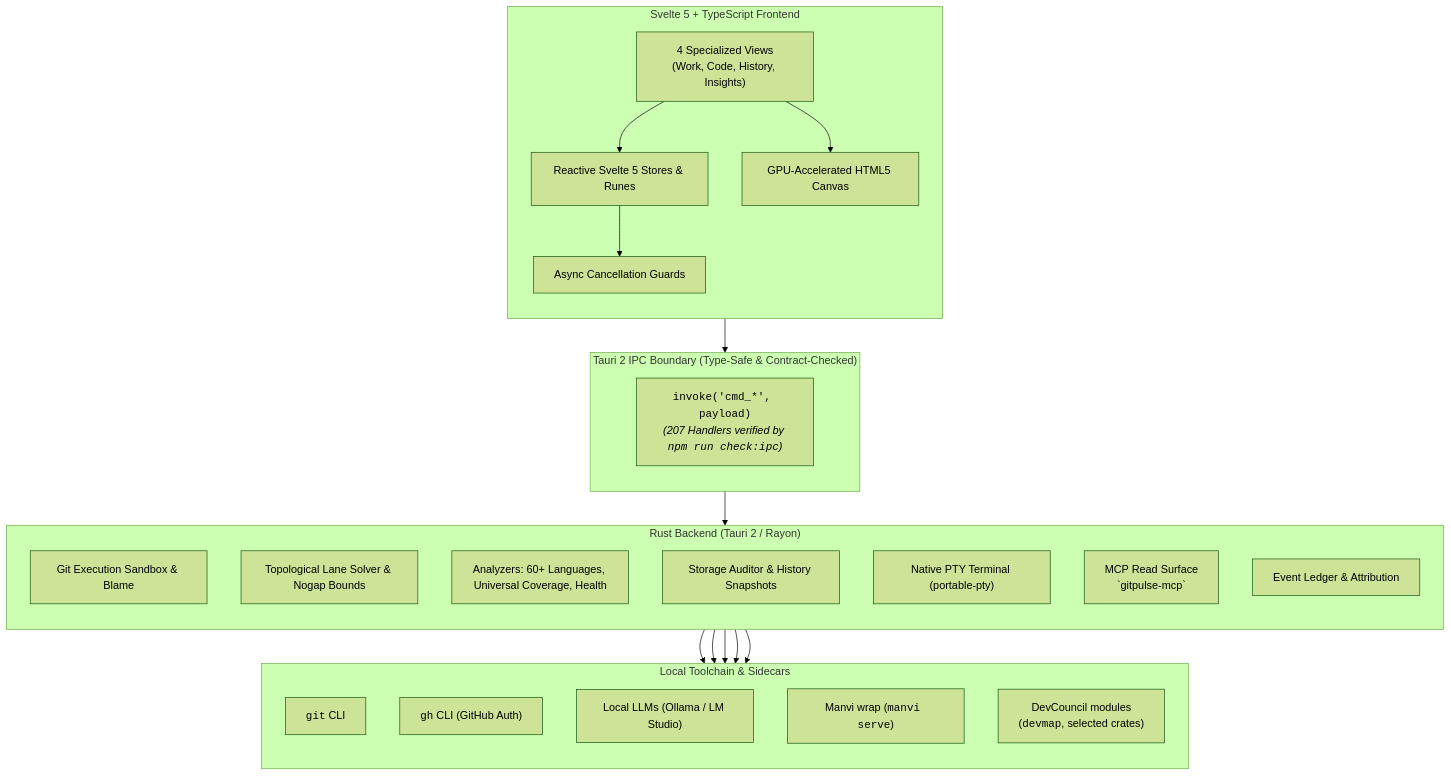
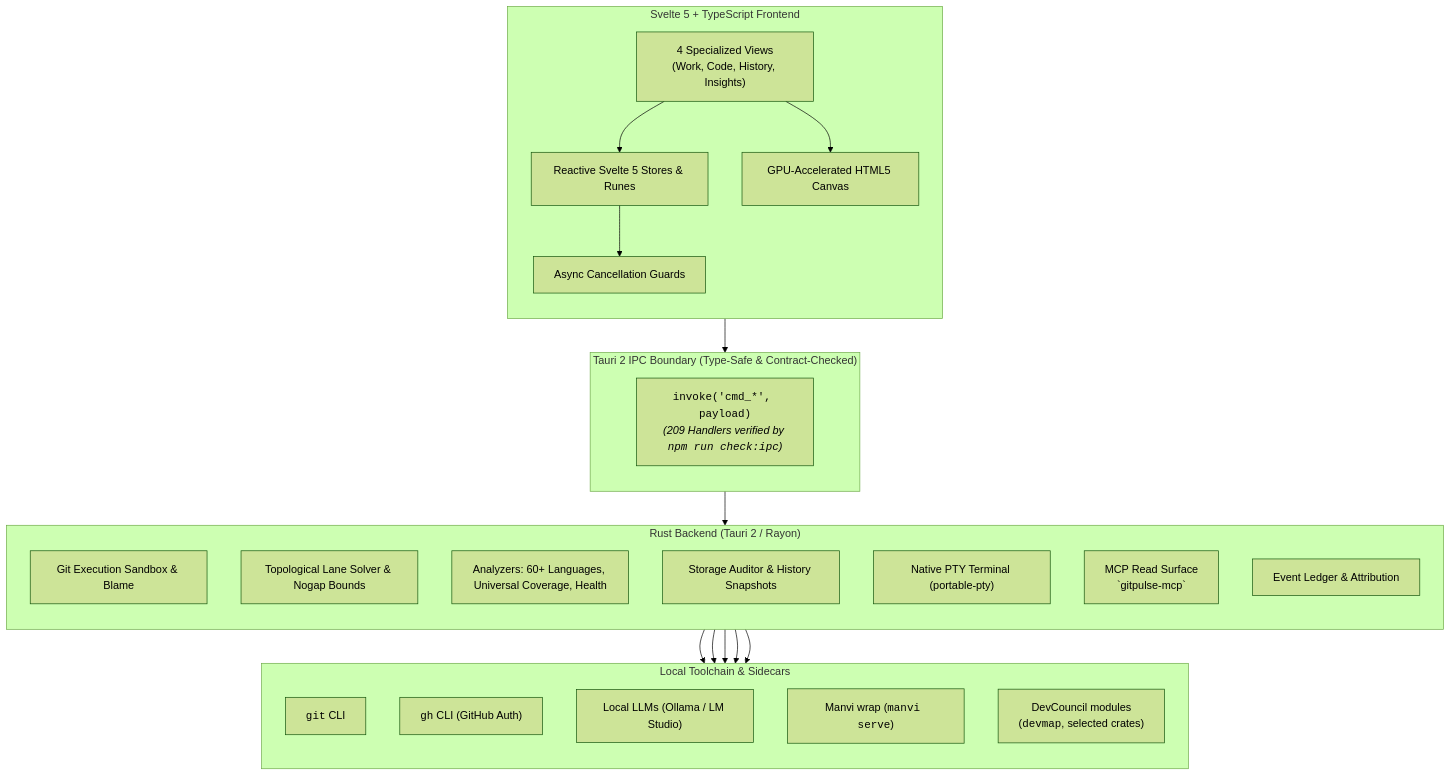
The first of 4 diagrams in README.md (bharathvbcr/GitPulse), drawn with Mermaid (forest theme) before and after one commit. The commit also changed other lines of this file and 15 other files, not shown here.

````diff
--- a/README.md
+++ b/README.md
@@ -65,47 +65,47 @@
 ```mermaid
 flowchart TB
     subgraph Frontend["Svelte 5 + TypeScript Frontend"]
         direction TB
         Views["4 Specialized Views<br/>(Work, Code, History, Insights)"]
         Stores["Reactive Svelte 5 Stores & Runes"]
         CanvasEngine["GPU-Accelerated HTML5 Canvas"]
         AsyncGuards["Async Cancellation Guards"]
         
         Views --> Stores
         Views --> CanvasEngine
         Stores --> AsyncGuards
     end
 
     subgraph IPC["Tauri 2 IPC Boundary (Type-Safe & Contract-Checked)"]
         direction TB
-        IPCBridge["<code>invoke('cmd_*', payload)</code><br/><i>(207 Handlers verified by <code>npm run check:ipc</code>)</i>"]
+        IPCBridge["<code>invoke('cmd_*', payload)</code><br/><i>(209 Handlers verified by <code>npm run check:ipc</code>)</i>"]
     end
 
     subgraph Backend["Rust Backend (Tauri 2 / Rayon)"]
         direction TB
         GitSandbox["Git Execution Sandbox & Blame"]
         GraphSolver["Topological Lane Solver & Nogap Bounds"]
         Analyzers["Analyzers: 60+ Languages, Universal Coverage, Health"]
         StorageEngine["Storage Auditor & History Snapshots"]
         TerminalPTY["Native PTY Terminal (portable-pty)"]
         MCPServer["MCP Read Surface<br/>`gitpulse-mcp`"]
         Ledger["Event Ledger & Attribution"]
     end
 
     subgraph LocalTools["Local Toolchain & Sidecars"]
         direction TB
         GitCLI["<code>git</code> CLI"]
         GhCLI["<code>gh</code> CLI (GitHub Auth)"]
         LocalAI["Local LLMs (Ollama / LM Studio)"]
         ManviSidecar["Manvi wrap (<code>manvi serve</code>)"]
         DevCouncilMods["DevCouncil modules<br/>(<code>devmap</code>, selected crates)"]
     end
 
     AsyncGuards --> IPCBridge
     IPCBridge --> Backend
     GitSandbox --> GitCLI
     Analyzers --> GhCLI
     Analyzers --> LocalAI
     Backend --> ManviSidecar
     Backend --> DevCouncilMods
 ```
````
